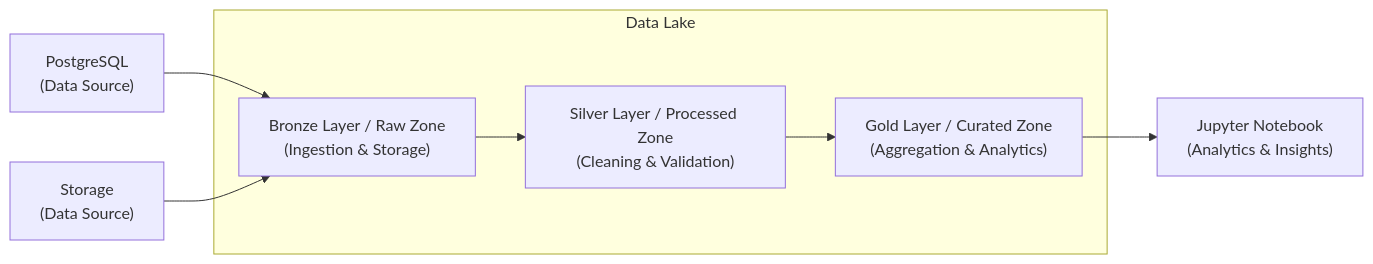
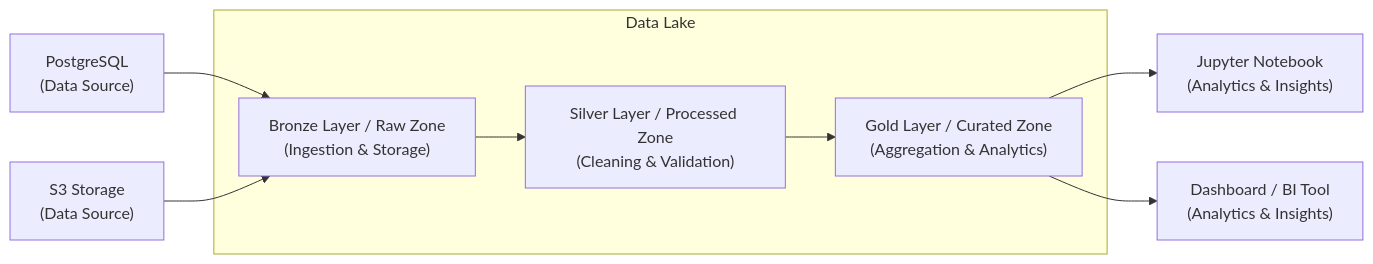
The diagram in docs/data-engineer.md (Citi/coding-workshop-participant), drawn with Mermaid before and after one commit. The commit also changed 5 other files, not shown here.

````diff
--- a/docs/data-engineer.md
+++ b/docs/data-engineer.md
@@ -14,17 +14,19 @@
 ```mermaid
 graph LR
     PG["PostgreSQL<br/>(Data Source)"]
-    S3["Storage<br/>(Data Source)"]
+    S3["S3 Storage<br/>(Data Source)"]
     subgraph Data Lake
         BronzeLayer["Bronze Layer / Raw Zone<br/>(Ingestion & Storage)"]
         SilverLayer["Silver Layer / Processed Zone<br/>(Cleaning & Validation)"]
         GoldLayer["Gold Layer / Curated Zone<br/>(Aggregation & Analytics)"]
     end
     Jupyter["Jupyter Notebook<br/>(Analytics & Insights)"]
+    Dashboard["Dashboard / BI Tool<br/>(Analytics & Insights)"]
 
     PG --> BronzeLayer
     S3 --> BronzeLayer
     BronzeLayer --> SilverLayer
     SilverLayer --> GoldLayer
     GoldLayer --> Jupyter
+    GoldLayer --> Dashboard
 ```
````
